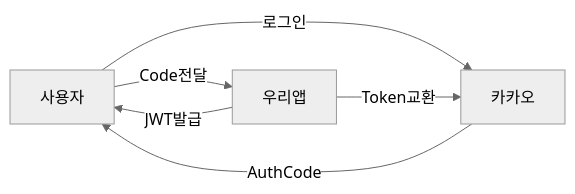
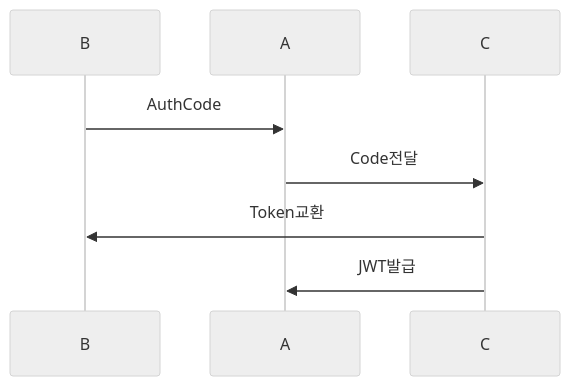
The fifth of 7 diagrams in _posts/spring/2026-05-02-spring-security-deep.md (yjkim2015/yjkim2015.github.io), drawn with Mermaid (neutral theme) before and after one commit. The commit also changed other lines of this file and 89 other files, not shown here.

First line of the commit message:
복잡한 flowchart 163개 → sequenceDiagram 변환 (90파일)

````diff
--- a/_posts/spring/2026-05-02-spring-security-deep.md
+++ b/_posts/spring/2026-05-02-spring-security-deep.md
@@ -354,8 +353,7 @@
 ```mermaid
-graph LR
-    A[사용자] -->|로그인| B[카카오]
-    B -->|AuthCode| A
-    A -->|Code전달| C[우리앱]
-    C -->|Token교환| B
-    C -->|JWT발급| A
+sequenceDiagram
+    B->>A: AuthCode
+    A->>C: Code전달
+    C->>B: Token교환
+    C->>A: JWT발급
 ```
````
